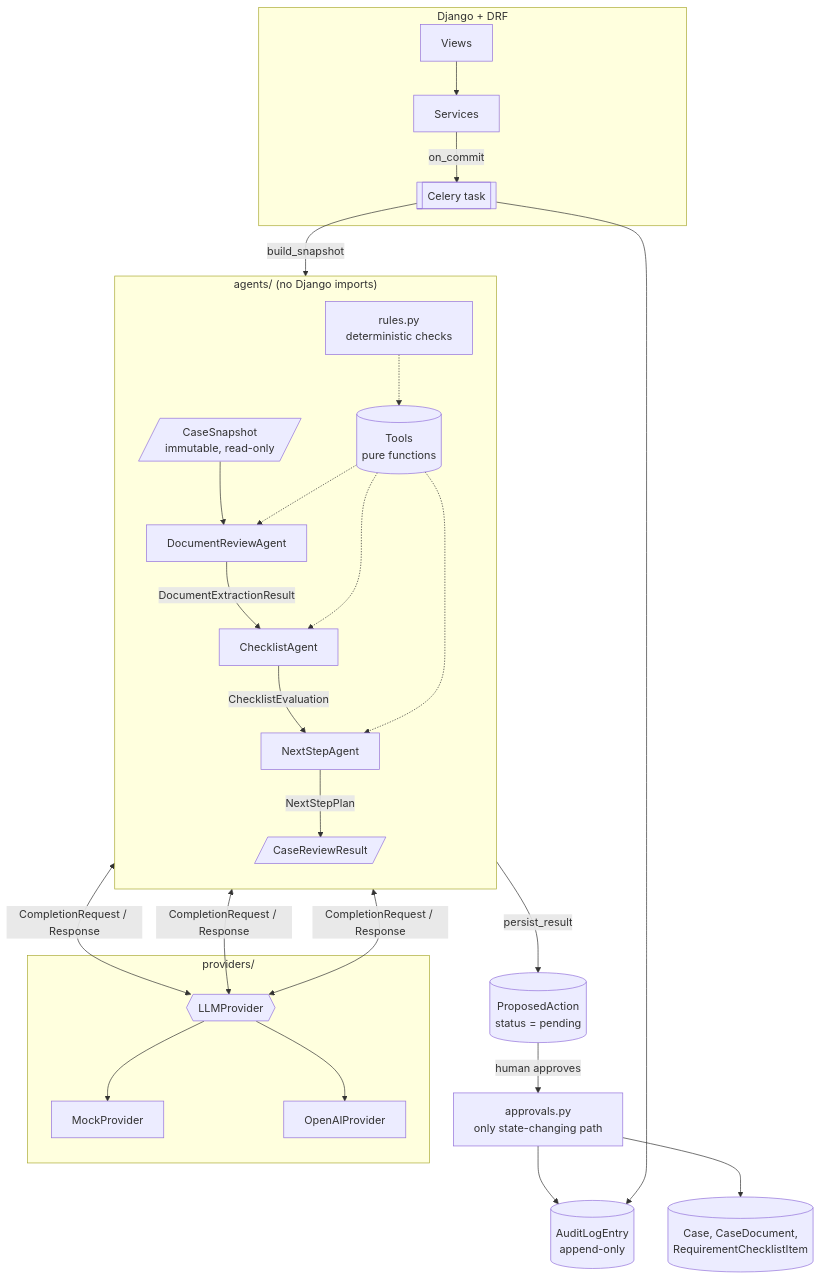
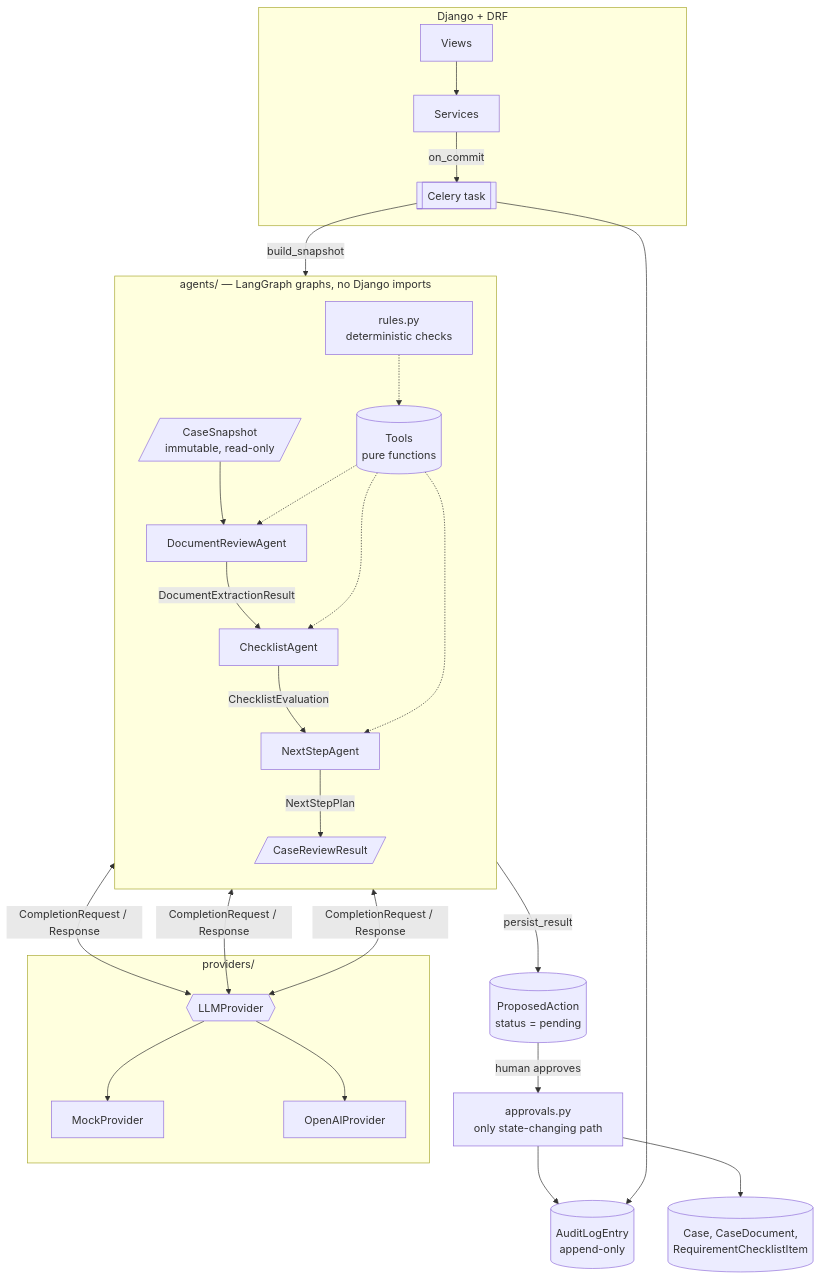
One commit to sohmc77/caseflow-ai changed the first of 3 diagrams in README.md. Above: the diagram before and after it, drawn with Mermaid. The commit also changed other lines of this file and 5 other files, not shown here.

First line of the commit message:
Orchestrate agents with LangGraph

````diff
--- a/README.md
+++ b/README.md
@@ -40,30 +42,30 @@
 ```mermaid
 flowchart TB
     subgraph API["Django + DRF"]
         V[Views] --> S[Services]
         S -->|on_commit| Q[[Celery task]]
     end
 
-    subgraph AGENTS["agents/ (no Django imports)"]
+    subgraph AGENTS["agents/ — LangGraph graphs, no Django imports"]
         direction TB
         SNAP[/CaseSnapshot<br/>immutable, read-only/]
         DR[DocumentReviewAgent] -->|DocumentExtractionResult| CL[ChecklistAgent]
         CL -->|ChecklistEvaluation| NS[NextStepAgent]
         NS -->|NextStepPlan| OUT[/CaseReviewResult/]
         T[(Tools<br/>pure functions)] -.-> DR & CL & NS
         R[rules.py<br/>deterministic checks] -.-> T
     end
 
     subgraph LLM["providers/"]
         P{{LLMProvider}} --> M[MockProvider]
         P --> O[OpenAIProvider]
     end
 
     Q -->|build_snapshot| SNAP
     SNAP --> DR
     DR & CL & NS <-->|CompletionRequest / Response| P
     OUT -->|persist_result| PA[(ProposedAction<br/>status = pending)]
     PA -->|human approves| AP[approvals.py<br/>only state-changing path]
     AP --> DB[(Case, CaseDocument,<br/>RequirementChecklistItem)]
     AP & Q --> AUD[(AuditLogEntry<br/>append-only)]
 ```
````
